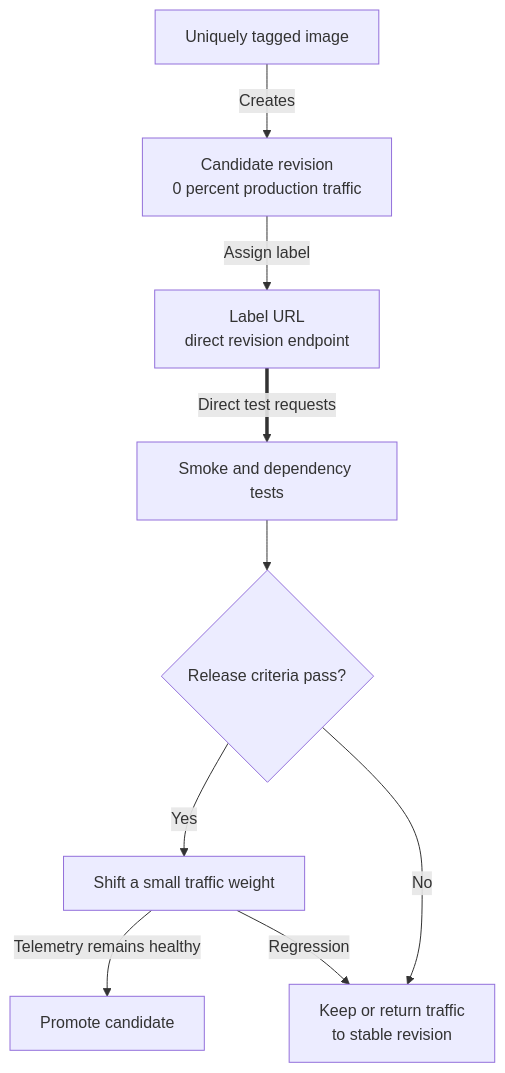
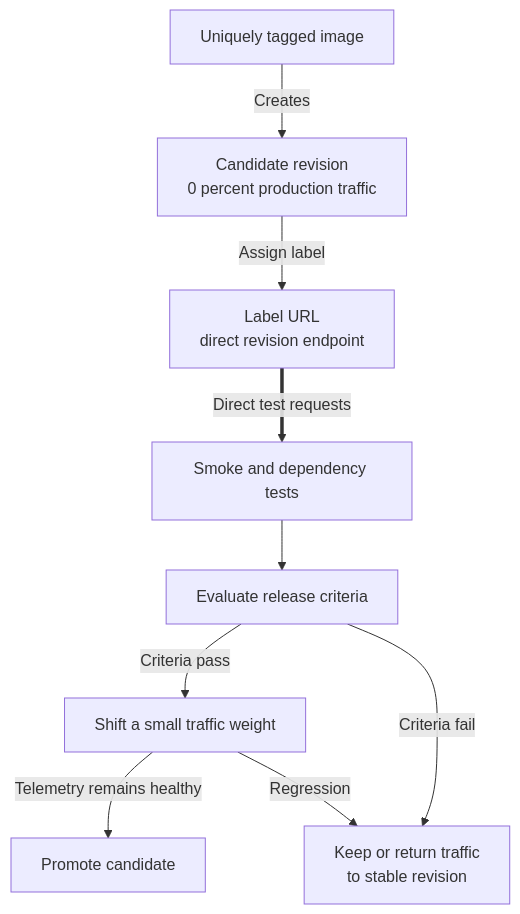
One commit to yeongseon/azure-container-apps-practical-guide changed the diagram in docs/language-guides/python/recipes/revision-validation.md. Above: the diagram before and after it, drawn with Mermaid. The commit also changed other lines of this file and 16 other files, not shown here.

Commit message:
fix(docs): address Python recipe diagram review

````diff
--- a/docs/language-guides/python/recipes/revision-validation.md
+++ b/docs/language-guides/python/recipes/revision-validation.md
@@ -17,23 +17,23 @@
 ```mermaid
 flowchart TD
     accTitle: Validate a candidate revision before promotion
     accDescr: Deploy a uniquely tagged image as a new revision in multiple revision mode, keep its production traffic weight at zero, assign a label URL for direct smoke tests, and promote or return traffic to the stable revision based on the result.
 
     IMAGE[Uniquely tagged image]
     CANDIDATE[Candidate revision<br/>0 percent production traffic]
     LABEL[Label URL<br/>direct revision endpoint]
     TEST[Smoke and dependency tests]
-    DECISION{Release criteria pass?}
+    DECISION[Evaluate release criteria]
     CANARY[Shift a small traffic weight]
     PROMOTE[Promote candidate]
     ROLLBACK[Keep or return traffic<br/>to stable revision]
 
     IMAGE -->|Creates| CANDIDATE
     CANDIDATE -->|Assign label| LABEL
     LABEL ==>|Direct test requests| TEST
     TEST --> DECISION
-    DECISION -->|Yes| CANARY
+    DECISION -->|Criteria pass| CANARY
     CANARY -->|Telemetry remains healthy| PROMOTE
-    DECISION -->|No| ROLLBACK
+    DECISION -->|Criteria fail| ROLLBACK
     CANARY -->|Regression| ROLLBACK
 ```
````
